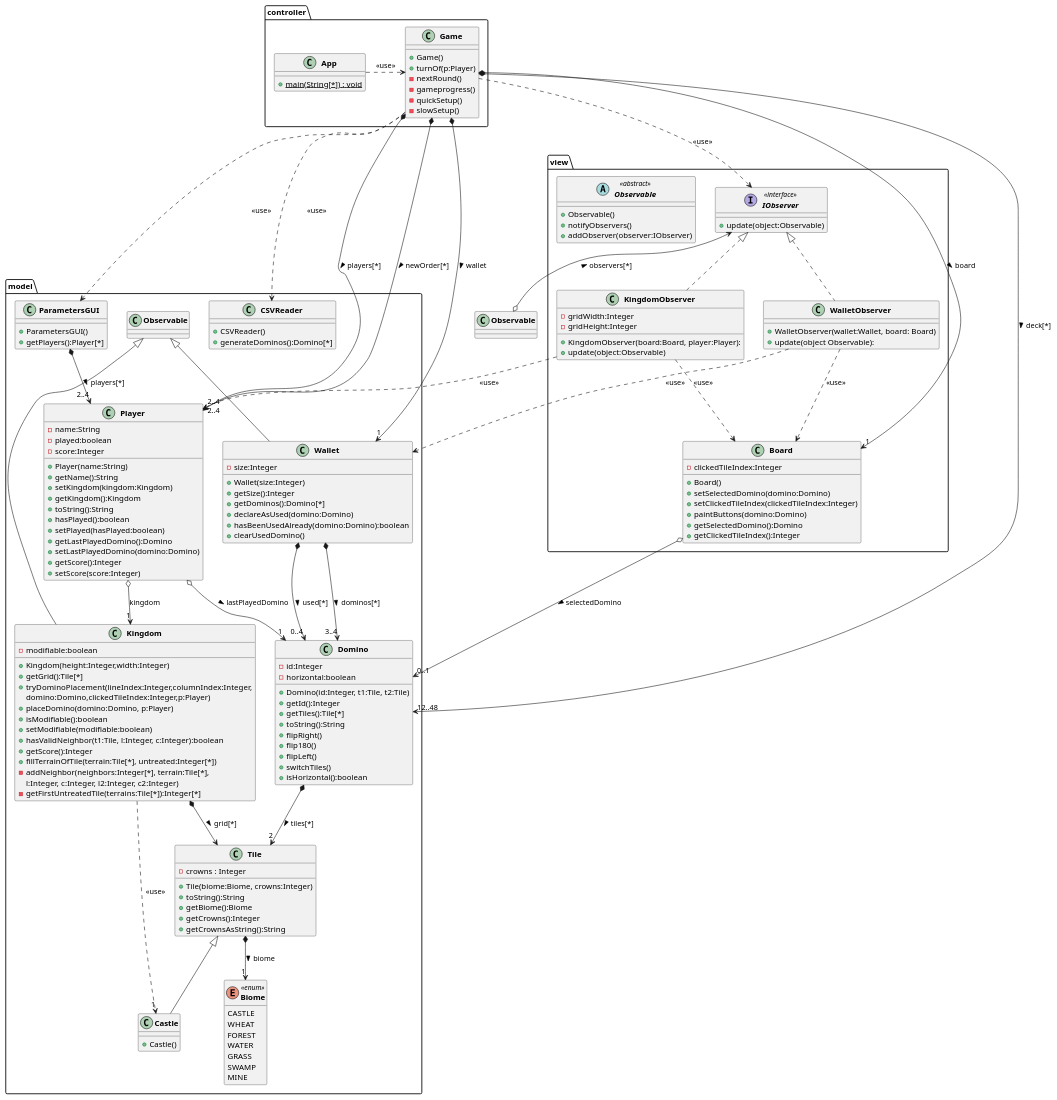
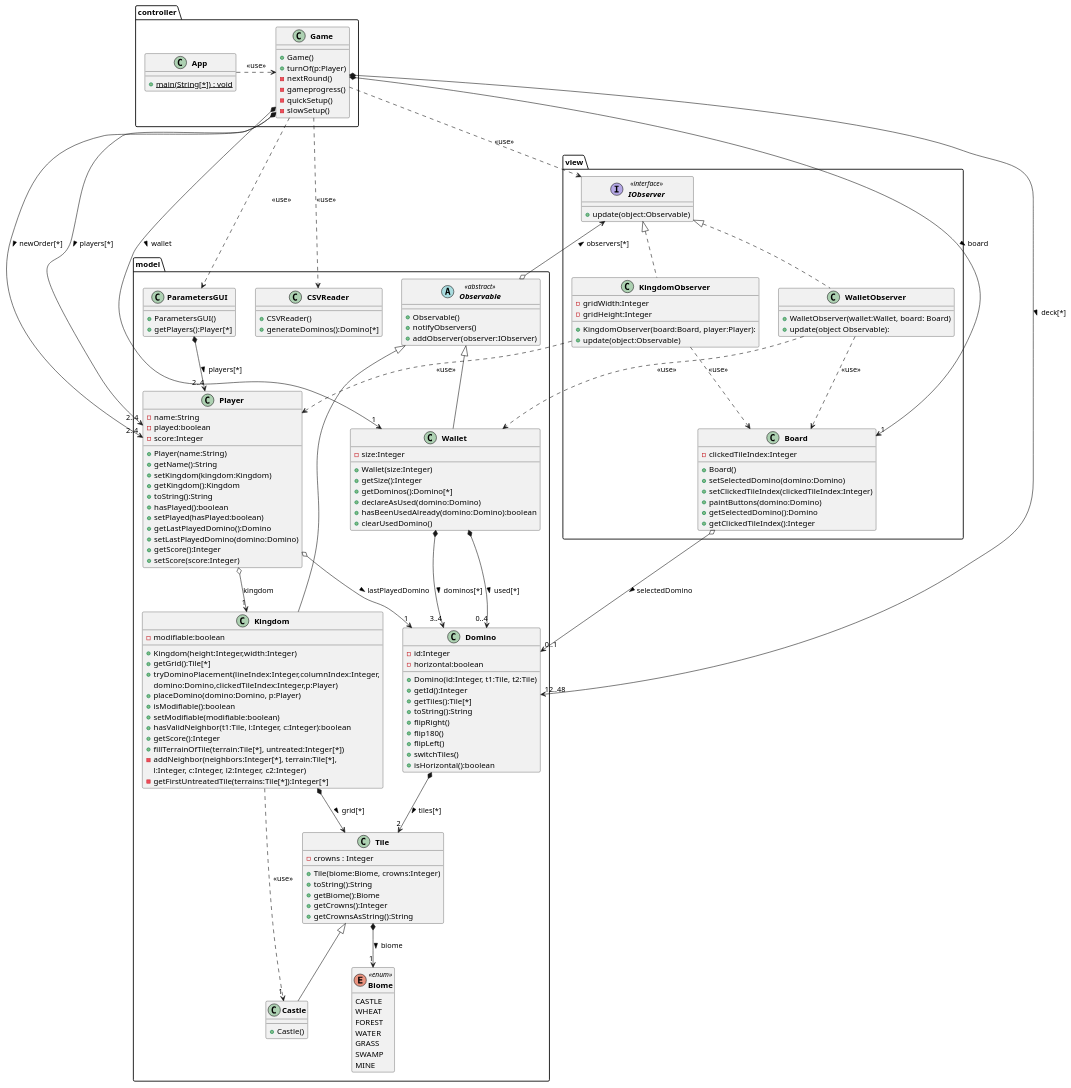
Before and after one commit to BaptisteWetterwald/dut-a31-kingdomino: the diagram in rendu1/dc.puml, drawn with PlantUML.

Commit message:
update uml

```diff
--- a/rendu1/dc.puml
+++ b/rendu1/dc.puml
@@ -1,195 +1,193 @@
 @startuml
 'https://plantuml.com/class-diagram
 
 skinparam classFontStyle Bold
 hide enum methods
 
 package view
 {
-    abstract class Observable <<abstract>>
-    {
-        +Observable()
-        +notifyObservers()
-        +addObserver(observer:IObserver)
-    }
-
     class KingdomObserver implements IObserver
     {
         -gridWidth:Integer
         -gridHeight:Integer
         +KingdomObserver(board:Board, player:Player):
         +update(object:Observable)
     }
 
     interface IObserver <<interface>>
     {
         +update(object:Observable)
     }
 
     class Board
     {
         -clickedTileIndex:Integer
         +Board()
         +setSelectedDomino(domino:Domino)
         +setClickedTileIndex(clickedTileIndex:Integer)
         +paintButtons(domino:Domino)
         +getSelectedDomino():Domino
         +getClickedTileIndex():Integer
     }
 
     class WalletObserver implements IObserver
     {
         +WalletObserver(wallet:Wallet, board: Board)
         +update(object Observable):
     }
 }
 
 package model
 {
     enum Biome <<enum>>
     {
         CASTLE
         WHEAT
         FOREST
         WATER
         GRASS
         SWAMP
         MINE
         +parse()
     }
 
     class Castle extends Tile
     {
         +Castle()
     }
 
     class Domino
     {
         +Domino(id:Integer, t1:Tile, t2:Tile)
         -id:Integer
         -horizontal:boolean
         +getId():Integer
         +getTiles():Tile[*]
         +toString():String
         +flipRight()
         +flip180()
         +flipLeft()
         +switchTiles()
         +isHorizontal():boolean
     }
 
     class Kingdom extends Observable
     {
         -modifiable:boolean
         +Kingdom(height:Integer,width:Integer)
         +getGrid():Tile[*]
         +tryDominoPlacement(lineIndex:Integer,columnIndex:Integer,
         domino:Domino,clickedTileIndex:Integer,p:Player)
         +placeDomino(domino:Domino, p:Player)
         +isModifiable():boolean
         +setModifiable(modifiable:boolean)
         +hasValidNeighbor(t1:Tile, l:Integer, c:Integer):boolean
         +getScore():Integer
         +fillTerrainOfTile(terrain:Tile[*], untreated:Integer[*])
         -addNeighbor(neighbors:Integer[*], terrain:Tile[*],
         l:Integer, c:Integer, l2:Integer, c2:Integer)
         -getFirstUntreatedTile(terrains:Tile[*]):Integer[*]
     }
-
+    abstract class Observable <<abstract>>
+        {
+            +Observable()
+            +notifyObservers()
+            +addObserver(observer:IObserver)
+        }
     class ParametersGUI
     {
         +ParametersGUI()
         +getPlayers():Player[*]
     }
 
     class Player
     {
         -name:String
         -played:boolean
         -score:Integer
         +Player(name:String)
         +getName():String
         +setKingdom(kingdom:Kingdom)
         +getKingdom():Kingdom
         +toString():String
         +hasPlayed():boolean
         +setPlayed(hasPlayed:boolean)
         +getLastPlayedDomino():Domino
         +setLastPlayedDomino(domino:Domino)
         +getScore():Integer
         +setScore(score:Integer)
     }
 
     class CSVReader
     {
         +CSVReader()
         +generateDominos():Domino[*]
     }
 
     class Tile
     {
         - crowns : Integer
         +Tile(biome:Biome, crowns:Integer)
         +toString():String
         +getBiome():Biome
         +getCrowns():Integer
         +getCrownsAsString():String
     }
 
     class Wallet extends Observable
     {
         -size:Integer
         +Wallet(size:Integer)
         +getSize():Integer
         +getDominos():Domino[*]
         +declareAsUsed(domino:Domino)
         +hasBeenUsedAlready(domino:Domino):boolean
         +clearUsedDomino()
     }
 }
 
 package controller
 {
     class App
     {
         + {static} main(String[*]) : void
     }
 
     class Game
     {
         +Game()
         +turnOf(p:Player)
         -nextRound()
         -gameprogress()
         -quickSetup()
         -slowSetup()
     }
 
 }
 
 Domino *--> "2" Tile : > tiles[*]
 Game *--> "12..48" Domino :  >  deck[*]
 Game *--> "2..4" Player :  >  players[*]
 Game *--> "2..4" Player : > newOrder[*]
 Game *--> "1" Board : > board
 Game *--> "1" Wallet :  >  wallet
 Game ..> IObserver : <<use>>
 Kingdom *--> Tile :  >  grid[*]
 ParametersGUI *--> "2..4" Player:  >  players[*]
 Player o--> "1"Kingdom :   kingdom
 Tile *--> "1" Biome :  >  biome
 Wallet *--> "3..4" Domino :  >  dominos[*]
 Board o--> "0..1" Domino :  > selectedDomino
 App  .> Game : <<use>>
 Game .> CSVReader : <<use>>
 Game ..> ParametersGUI : <<use>>
 Player o--> "1" Domino : > lastPlayedDomino
 Wallet *--> "0..4" Domino : > used[*]
 Kingdom ..> "1" Castle : <<use>>
 Observable o-up-> IObserver : > observers[*]
 KingdomObserver ..> Board : <<use>>
 KingdomObserver ..> Player : <<use>>
 WalletObserver ..> Wallet : <<use>>
 WalletObserver ..> Board : <<use>>
 
 @enduml
```
